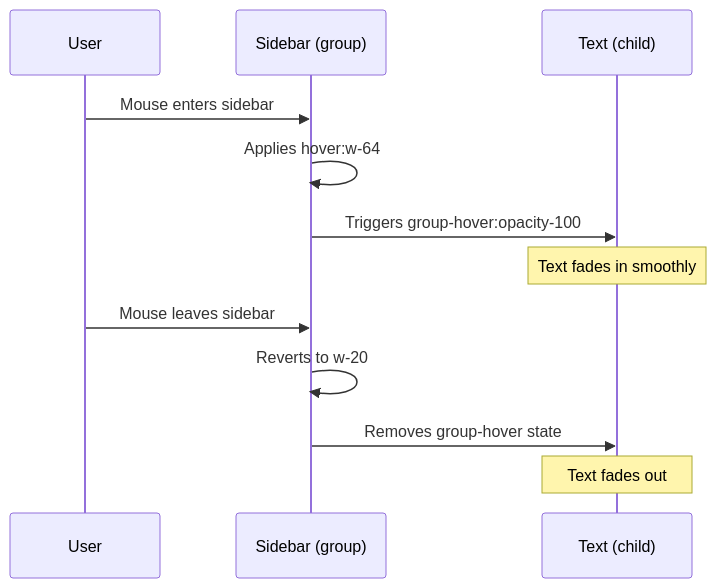
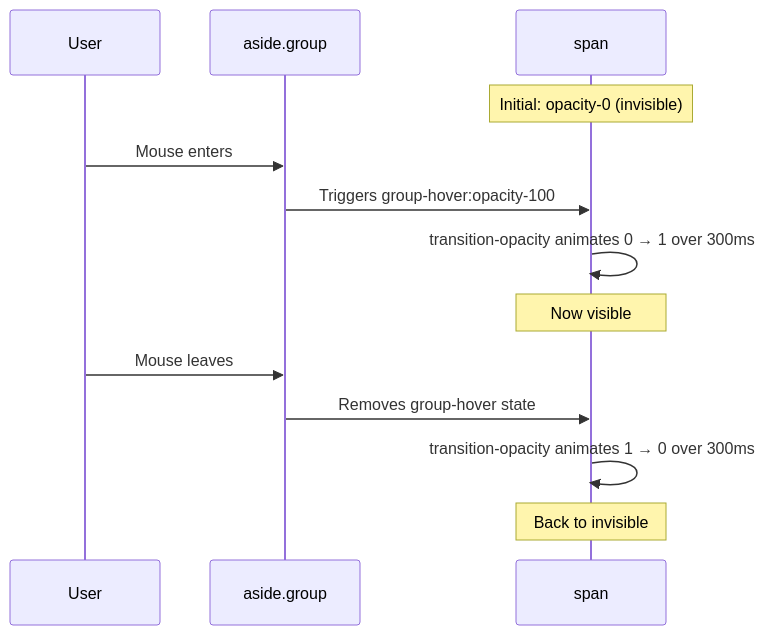
The third of 7 diagrams in 13-week-13/13.2-creating-sidebars-tailwind/README.md (pentoshi007/cohort-mine), drawn with Mermaid before and after one commit. The commit also changed other lines of this file, not shown here.

````diff
--- a/13-week-13/13.2-creating-sidebars-tailwind/README.md
+++ b/13-week-13/13.2-creating-sidebars-tailwind/README.md
@@ -141,16 +390,18 @@
 ```mermaid
 sequenceDiagram
     participant User
-    participant Sidebar as Sidebar (group)
-    participant Text as Text (child)
+    participant Sidebar as aside.group
+    participant Text as span
     
-    User->>Sidebar: Mouse enters sidebar
-    Sidebar->>Sidebar: Applies hover:w-64
+    Note over Text: Initial: opacity-0 (invisible)
+    
+    User->>Sidebar: Mouse enters
     Sidebar->>Text: Triggers group-hover:opacity-100
-    Note over Text: Text fades in smoothly
+    Text->>Text: transition-opacity animates 0 → 1 over 300ms
+    Note over Text: Now visible
     
-    User->>Sidebar: Mouse leaves sidebar
-    Sidebar->>Sidebar: Reverts to w-20
+    User->>Sidebar: Mouse leaves
     Sidebar->>Text: Removes group-hover state
-    Note over Text: Text fades out
+    Text->>Text: transition-opacity animates 1 → 0 over 300ms
+    Note over Text: Back to invisible
 ```
````
